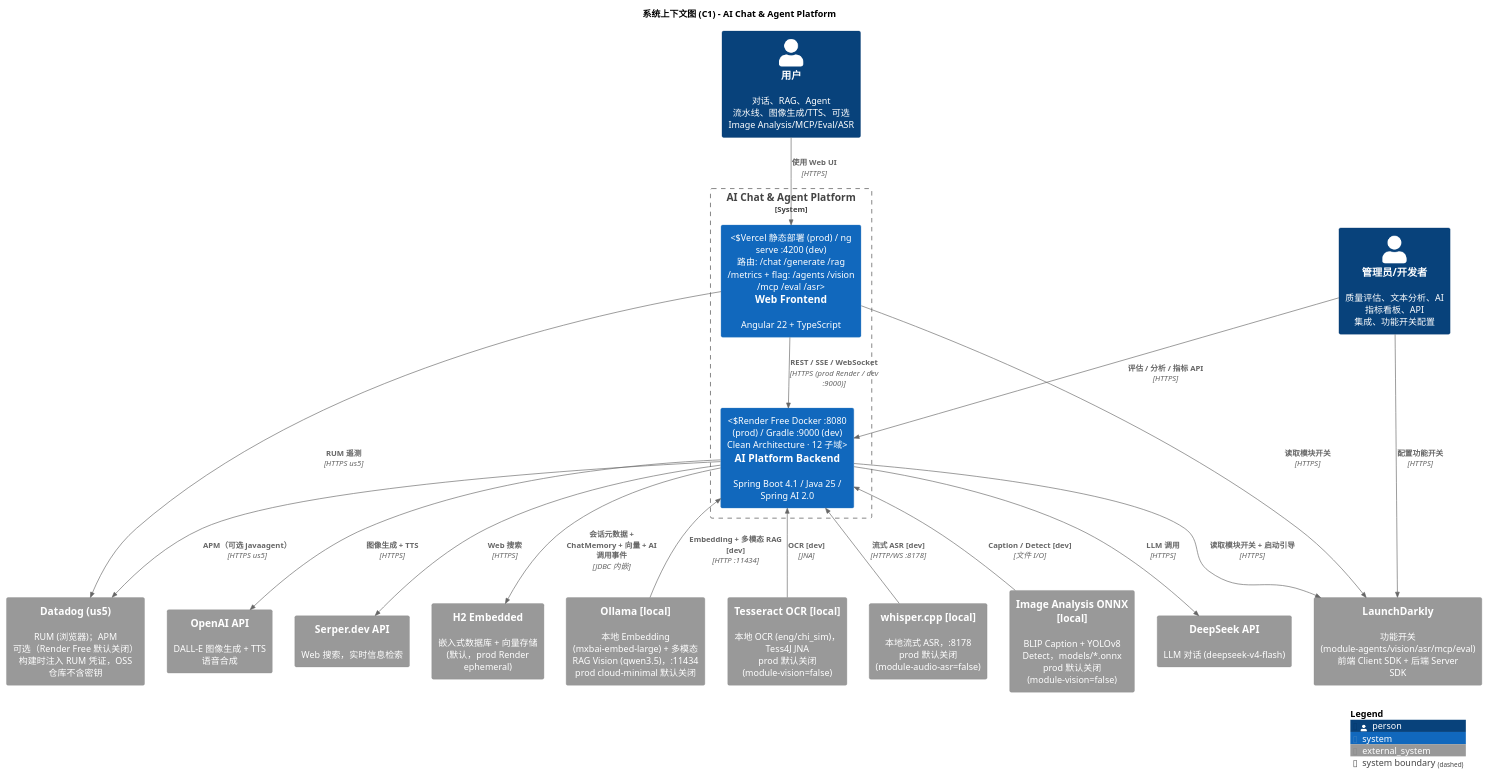
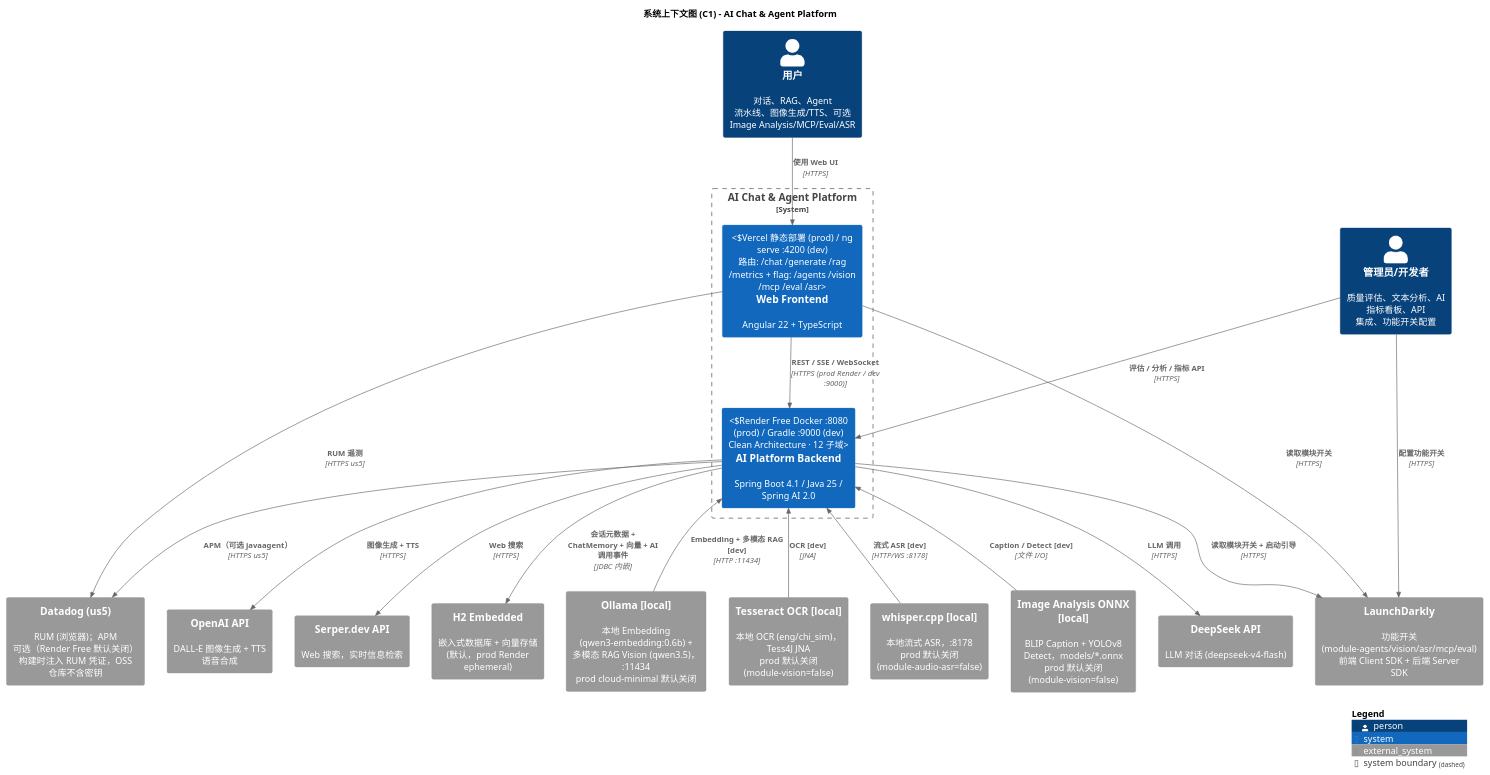
One commit to felixzhu97/explore-ai changed the diagram in docs/developer/c4-model/C1-Context.puml. Above: the diagram before and after it, drawn with PlantUML. The commit also changed 16 other files, not shown here.

First line of the commit message:
feat: default local RAG embeddings to Qwen3 Embedding (#354)

```diff
--- a/docs/developer/c4-model/C1-Context.puml
+++ b/docs/developer/c4-model/C1-Context.puml
@@ -1,68 +1,68 @@
 @startuml C1-Context
 !include https://raw.githubusercontent.com/plantuml-stdlib/C4-PlantUML/master/C4_Context.puml
 
 LAYOUT_WITH_LEGEND()
 
 title 系统上下文图 (C1) - AI Chat & Agent Platform
 
 ' ============================================================
 ' PEOPLE
 ' ============================================================
 Person(user, "用户", "对话、RAG、Agent 流水线、图像生成/TTS、可选 Image Analysis/MCP/Eval/ASR")
 Person(admin, "管理员/开发者", "质量评估、文本分析、AI 指标看板、API 集成、功能开关配置")
 
 ' ============================================================
 ' AI Chat & Agent Platform
 ' ============================================================
 System_Boundary(ai_platform, "AI Chat & Agent Platform") {
     System(frontend, "Web Frontend", "Angular 22 + TypeScript", "Vercel 静态部署 (prod) / ng serve :4200 (dev)\n路由: /chat /generate /rag /metrics + flag: /agents /vision /mcp /eval /asr")
     System(backend, "AI Platform Backend", "Spring Boot 4.1 / Java 25 / Spring AI 2.0", "Render Free Docker :8080 (prod) / Gradle :9000 (dev)\nClean Architecture · 12 子域")
 }
 
 ' ============================================================
 ' PLATFORM SERVICES
 ' ============================================================
 System_Ext(launchdarkly, "LaunchDarkly", "功能开关 (module-agents/vision/asr/mcp/eval)\n前端 Client SDK + 后端 Server SDK")
 System_Ext(datadog, "Datadog (us5)", "RUM (浏览器)；APM 可选（Render Free 默认关闭）\n构建时注入 RUM 凭证，OSS 仓库不含密钥")
 
 ' ============================================================
 ' CLOUD AI SERVICES (prod + dev)
 ' ============================================================
 System_Ext(deepseek_api, "DeepSeek API", "LLM 对话 (deepseek-v4-flash)")
 System_Ext(openai_api, "OpenAI API", "DALL-E 图像生成 + TTS 语音合成")
 System_Ext(serper_api, "Serper.dev API", "Web 搜索，实时信息检索")
 
 ' ============================================================
 ' DATA & LOCAL-ONLY SERVICES (dev / optional)
 ' ============================================================
 System_Ext(h2_db, "H2 Embedded", "嵌入式数据库 + 向量存储 (默认，prod Render ephemeral)")
-System_Ext(ollama, "Ollama [local]", "本地 Embedding (mxbai-embed-large) + 多模态 RAG Vision (qwen3.5)，:11434\nprod cloud-minimal 默认关闭")
+System_Ext(ollama, "Ollama [local]", "本地 Embedding (qwen3-embedding:0.6b) + 多模态 RAG Vision (qwen3.5)，:11434\nprod cloud-minimal 默认关闭")
 System_Ext(tesseract, "Tesseract OCR [local]", "本地 OCR (eng/chi_sim)，Tess4J JNA\nprod 默认关闭 (module-vision=false)")
 System_Ext(whisper_cpp, "whisper.cpp [local]", "本地流式 ASR，:8178\nprod 默认关闭 (module-audio-asr=false)")
 System_Ext(onnx_vision, "Image Analysis ONNX [local]", "BLIP Caption + YOLOv8 Detect，models/*.onnx\nprod 默认关闭 (module-vision=false)")
 
 ' ============================================================
 ' RELATIONSHIPS
 ' ============================================================
 Rel(user, frontend, "使用 Web UI", "HTTPS")
 Rel(admin, launchdarkly, "配置功能开关", "HTTPS")
 Rel(admin, backend, "评估 / 分析 / 指标 API", "HTTPS")
 Rel(frontend, backend, "REST / SSE / WebSocket", "HTTPS (prod Render / dev :9000)")
 
 Rel(frontend, launchdarkly, "读取模块开关", "HTTPS")
 Rel(frontend, datadog, "RUM 遥测", "HTTPS us5")
 Rel(backend, launchdarkly, "读取模块开关 + 启动引导", "HTTPS")
 Rel(backend, datadog, "APM（可选 javaagent）", "HTTPS us5")
 
 Rel(backend, deepseek_api, "LLM 调用", "HTTPS")
 Rel(backend, openai_api, "图像生成 + TTS", "HTTPS")
 Rel(backend, serper_api, "Web 搜索", "HTTPS")
 Rel(backend, h2_db, "会话元数据 + ChatMemory + 向量 + AI 调用事件", "JDBC 内嵌")
 
 Rel_Back(backend, ollama, "Embedding + 多模态 RAG [dev]", "HTTP :11434")
 Rel_Back(backend, tesseract, "OCR [dev]", "JNA")
 Rel_Back(backend, whisper_cpp, "流式 ASR [dev]", "HTTP/WS :8178")
 Rel_Back(backend, onnx_vision, "Caption / Detect [dev]", "文件 I/O")
 
 SHOW_LEGEND()
 @enduml
```
